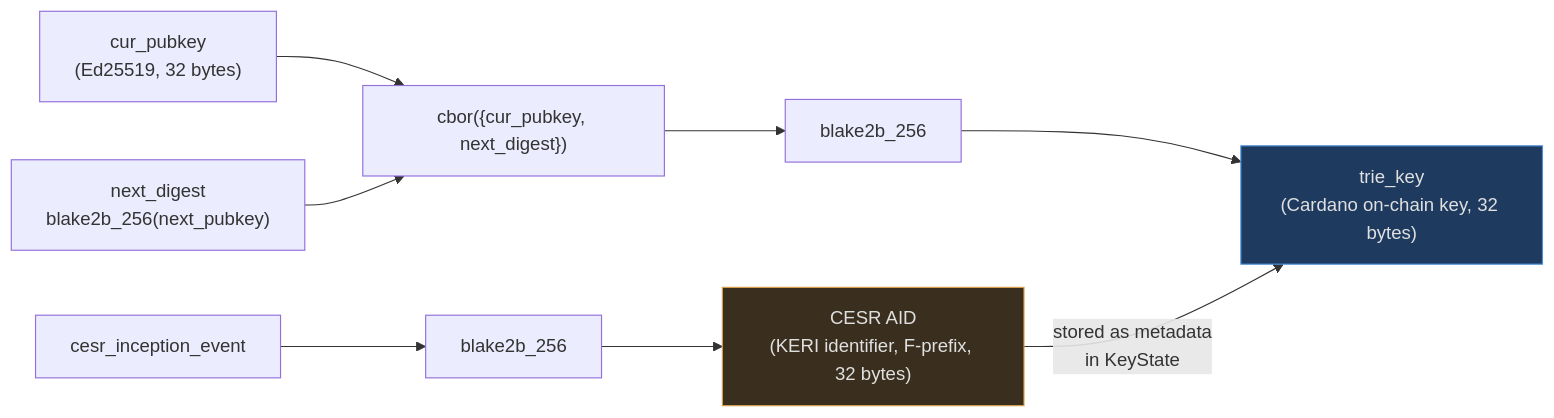
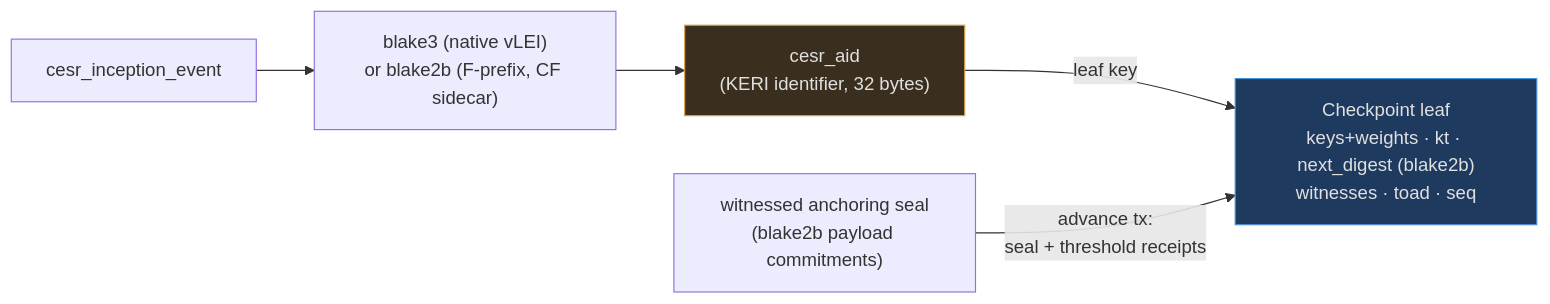
The first of 2 diagrams in docs/index.md (lambdasistemi/cardano-keri), drawn with Mermaid before and after one commit. The commit also changed other lines of this file and 9 other files, not shown here.

````diff
--- a/docs/index.md
+++ b/docs/index.md
@@ -59,14 +62,9 @@
 ```mermaid
 flowchart LR
-    A["cur_pubkey<br/>(Ed25519, 32 bytes)"] --> C["cbor({cur_pubkey, next_digest})"]
-    B["next_digest<br/>blake2b_256(next_pubkey)"] --> C
-    C --> D["blake2b_256"]
-    D --> E["trie_key<br/>(Cardano on-chain key, 32 bytes)"]
-    style E fill:#1e3a5f,stroke:#4a90d9,color:#e0e0e0
-
-    A2["cesr_inception_event"] --> F["blake2b_256"]
-    F --> G["CESR AID<br/>(KERI identifier, F-prefix, 32 bytes)"]
-    style G fill:#3a2f1e,stroke:#d9a04a,color:#e0e0e0
-
-    G -->|"stored as metadata<br/>in KeyState"| E
+    ICP["cesr_inception_event"] --> H["blake3 (native vLEI)<br/>or blake2b (F-prefix, CF sidecar)"]
+    H --> AID["cesr_aid<br/>(KERI identifier, 32 bytes)"]
+    style AID fill:#3a2f1e,stroke:#d9a04a,color:#e0e0e0
+    AID -->|"leaf key"| CK["Checkpoint leaf<br/>keys+weights · kt · next_digest (blake2b)<br/>witnesses · toad · seq"]
+    style CK fill:#1e3a5f,stroke:#4a90d9,color:#e0e0e0
+    SEAL["witnessed anchoring seal<br/>(blake2b payload commitments)"] -->|"advance tx:<br/>seal + threshold receipts"| CK
 ```
````
